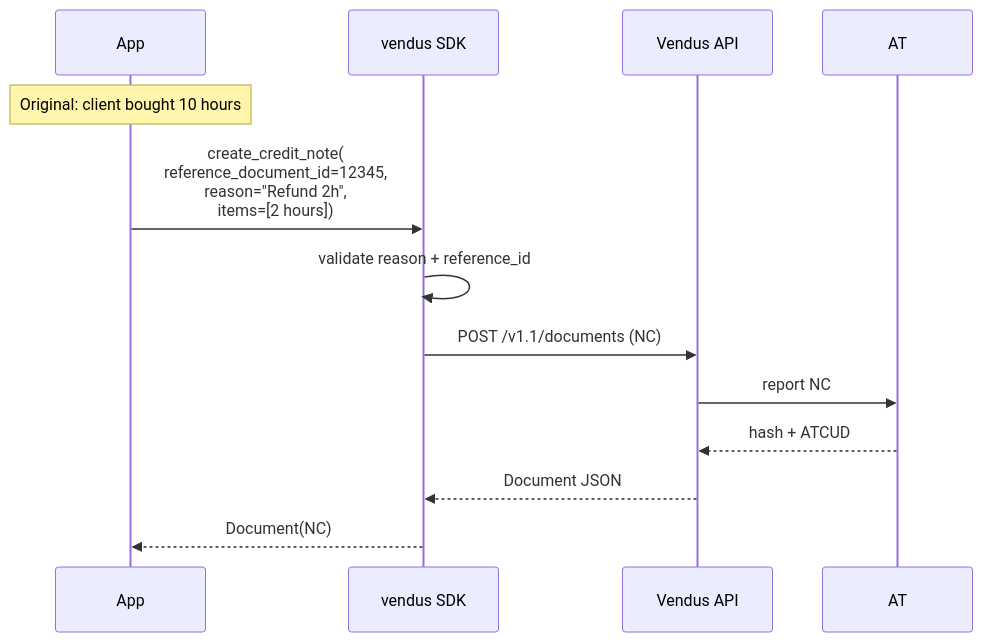
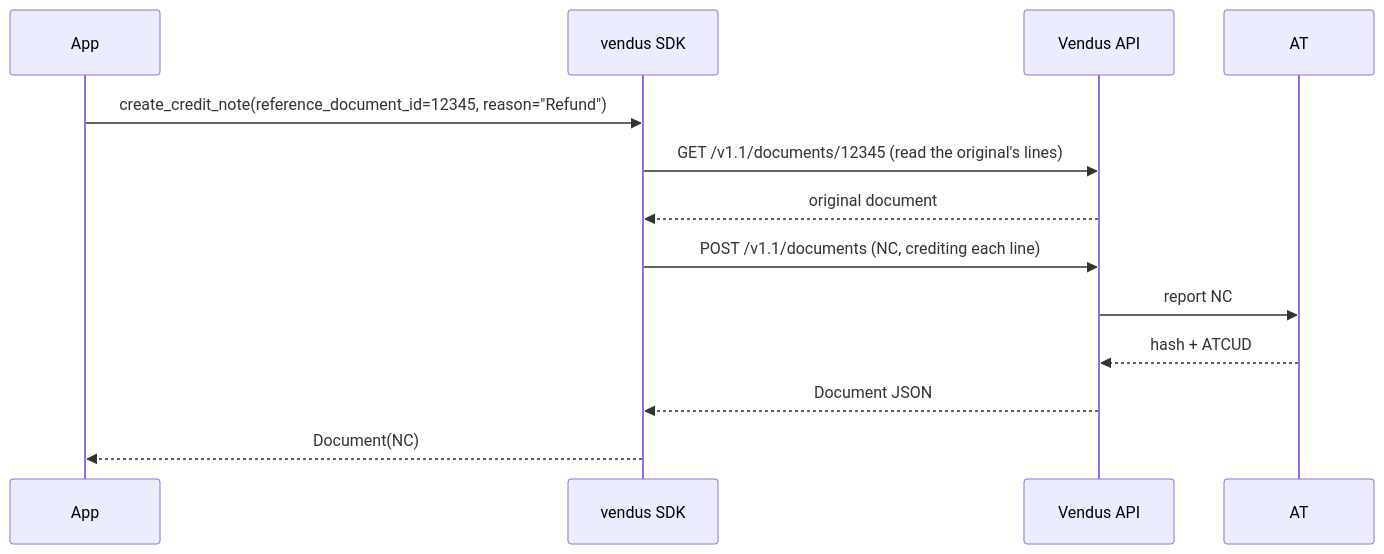
The diagram in docs/documents/credit-note.md (bilouro/vendus-python), drawn with Mermaid before and after one commit. The commit also changed other lines of this file and 23 other files, not shown here.

First line of the commit message:
feat: live-validate FR + credit notes; payments, NC redesign, cancel guard

````diff
--- a/docs/documents/credit-note.md
+++ b/docs/documents/credit-note.md
@@ -14,16 +13,16 @@
 ```mermaid
 sequenceDiagram
     participant App
     participant SDK as vendus SDK
     participant API as Vendus API
     participant AT
 
-    Note over App: Original: client bought 10 hours
-    App->>SDK: create_credit_note(<br/>reference_document_id=12345,<br/>reason="Refund 2h",<br/>items=[2 hours])
-    SDK->>SDK: validate reason + reference_id
-    SDK->>API: POST /v1.1/documents (NC)
+    App->>SDK: create_credit_note(reference_document_id=12345, reason="Refund")
+    SDK->>API: GET /v1.1/documents/12345 (read the original's lines)
+    API-->>SDK: original document
+    SDK->>API: POST /v1.1/documents (NC, crediting each line)
     API->>AT: report NC
     AT-->>API: hash + ATCUD
     API-->>SDK: Document JSON
     SDK-->>App: Document(NC)
 ```
````
